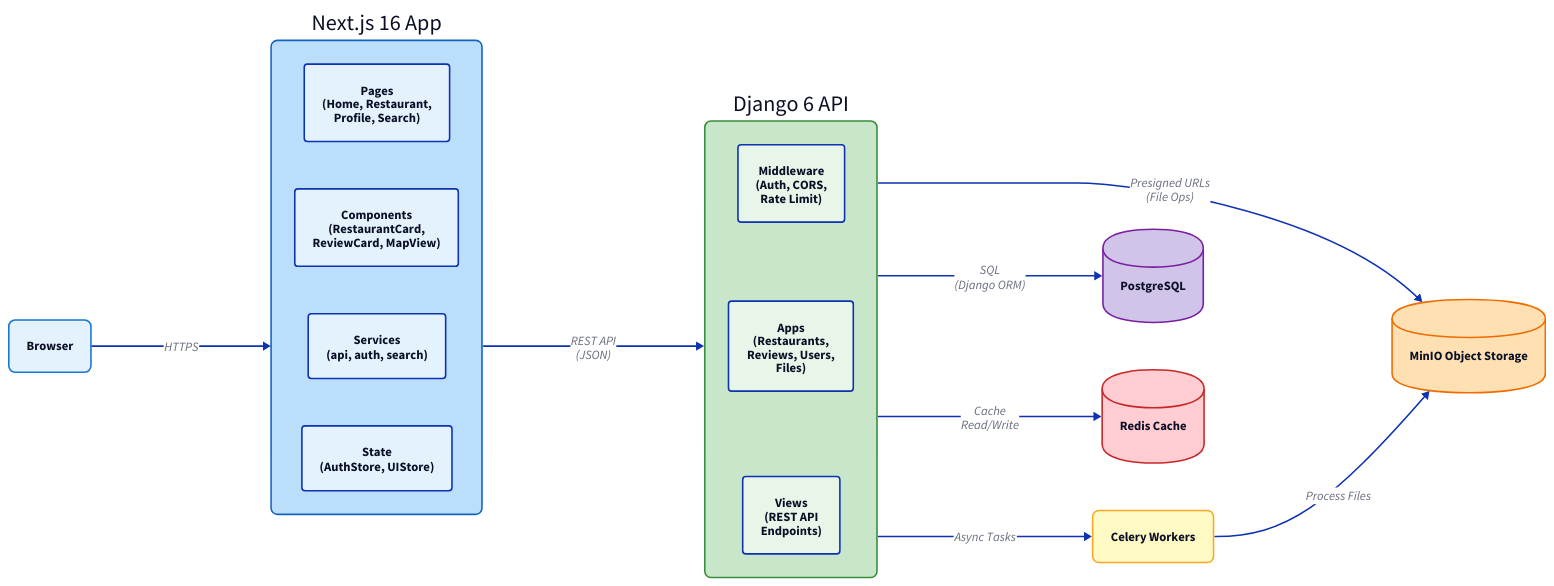
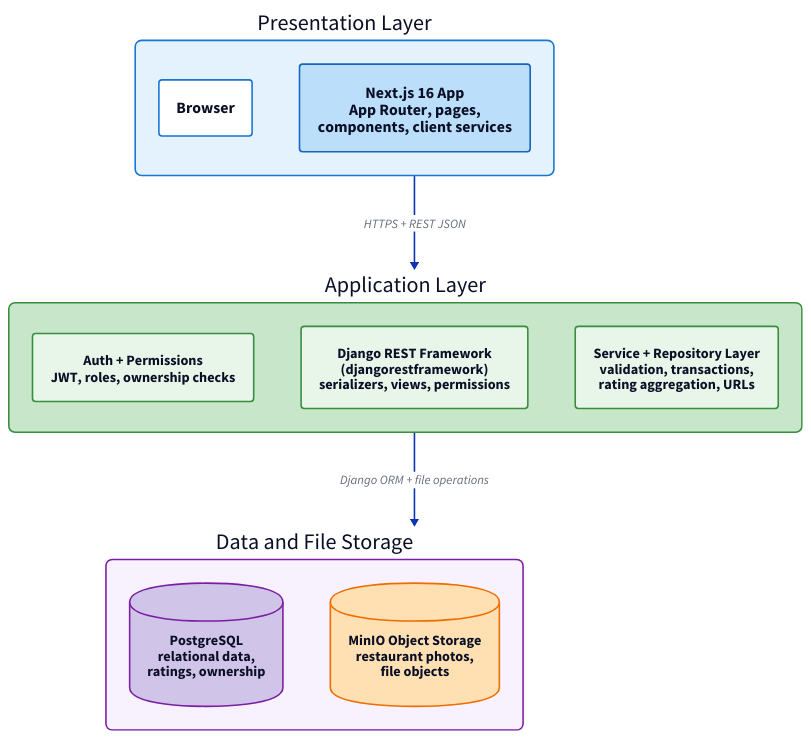
Before and after one commit to Krr0ptioN/cse-220: the diagram in docs/diagrams/system-architecture.d2, drawn with D2. The commit also changed 138 other files, not shown here.

First line of the commit message:
feat(restaurants): favorite list, profile managment, map integration (#71)

```diff
--- a/docs/diagrams/system-architecture.d2
+++ b/docs/diagrams/system-architecture.d2
@@ -1,139 +1,116 @@
 # System Architecture
 # FlavorMap - Restaurant Review Platform
 
-direction: right
+direction: down
 
-# Client Layer
-browser: Browser {
+client_layer: "Presentation Layer" {
   shape: rectangle
   style: {
     fill: "#E3F2FD"
     stroke: "#1976D2"
     stroke-width: 2
     border-radius: 8
   }
-}
 
-nextjs: Next.js 16 App {
-  shape: rectangle
-  style: {
-    fill: "#BBDEFB"
-    stroke: "#1565C0"
-    stroke-width: 2
-    border-radius: 8
-  }
-
-  pages: "Pages\n(Home, Restaurant,\nProfile, Search)" {
+  browser: "Browser" {
     shape: rectangle
     style: {
-      fill: "#E3F2FD"
+      fill: "#FFFFFF"
+      stroke: "#1976D2"
+      stroke-width: 2
       border-radius: 4
+      font-size: 20
     }
   }
 
-  components: "Components\n(RestaurantCard,\nReviewCard, MapView)" {
+  nextjs: "Next.js 16 App\nApp Router, pages,\ncomponents, client services" {
     shape: rectangle
     style: {
-      fill: "#E3F2FD"
+      fill: "#BBDEFB"
+      stroke: "#1565C0"
+      stroke-width: 2
       border-radius: 4
-    }
-  }
-
-  services: "Services\n(api, auth, search)" {
-    shape: rectangle
-    style: {
-      fill: "#E3F2FD"
-      border-radius: 4
-    }
-  }
-
-  state: "State\n(AuthStore, UIStore)" {
-    shape: rectangle
-    style: {
-      fill: "#E3F2FD"
-      border-radius: 4
+      font-size: 20
+      bold: true
     }
   }
 }
 
-# Backend Layer
-django: Django 6 API {
+api_layer: "Application Layer" {
   shape: rectangle
   style: {
     fill: "#C8E6C9"
     stroke: "#388E3C"
     stroke-width: 2
     border-radius: 8
   }
 
-  middleware: "Middleware\n(Auth, CORS,\nRate Limit)" {
+  auth: "Auth + Permissions\nJWT, roles, ownership checks" {
     shape: rectangle
     style: {
       fill: "#E8F5E9"
+      stroke: "#388E3C"
+      stroke-width: 2
       border-radius: 4
+      font-size: 18
     }
   }
 
-  apps: "Apps\n(Restaurants,\nReviews, Users,\nFiles)" {
+  api: "Django REST Framework\n(djangorestframework)\nserializers, views, permissions" {
     shape: rectangle
     style: {
       fill: "#E8F5E9"
+      stroke: "#388E3C"
+      stroke-width: 2
       border-radius: 4
+      font-size: 18
+      bold: true
     }
   }
 
-  views: "Views\n(REST API\nEndpoints)" {
+  services: "Service + Repository Layer\nvalidation, transactions,\nrating aggregation, URLs" {
     shape: rectangle
     style: {
       fill: "#E8F5E9"
+      stroke: "#388E3C"
+      stroke-width: 2
       border-radius: 4
+      font-size: 18
     }
   }
 }
 
-celery: Celery Workers {
+data_layer: "Data and File Storage" {
   shape: rectangle
   style: {
-    fill: "#FFF9C4"
-    stroke: "#F9A825"
+    fill: "#F8F1FF"
+    stroke: "#7B1FA2"
     stroke-width: 2
     border-radius: 8
   }
-}
 
-# Data Layer
-postgresql: PostgreSQL {
-  shape: cylinder
-  style: {
-    fill: "#D1C4E9"
-    stroke: "#7B1FA2"
-    stroke-width: 2
+  postgresql: "PostgreSQL\nrelational data,\nratings, ownership" {
+    shape: cylinder
+    style: {
+      fill: "#D1C4E9"
+      stroke: "#7B1FA2"
+      stroke-width: 2
+      font-size: 18
+      bold: true
+    }
+  }
+
+  minio: "MinIO Object Storage\nrestaurant photos,\nfile objects" {
+    shape: cylinder
+    style: {
+      fill: "#FFE0B2"
+      stroke: "#EF6C00"
+      stroke-width: 2
+      font-size: 18
+      bold: true
+    }
   }
 }
 
-redis: Redis Cache {
-  shape: cylinder
-  style: {
-    fill: "#FFCDD2"
-    stroke: "#C62828"
-    stroke-width: 2
-  }
-}
-
-minio: MinIO Object Storage {
-  shape: cylinder
-  style: {
-    fill: "#FFE0B2"
-    stroke: "#EF6C00"
-    stroke-width: 2
-  }
-}
-
-# Connections
-browser -> nextjs: "HTTPS"
-nextjs -> django: "REST API\n(JSON)"
-django -> postgresql: "SQL\n(Django ORM)"
-django -> redis: "Cache\nRead/Write"
-django -> minio: "Presigned URLs\n(File Ops)"
-django -> celery: "Async Tasks"
-celery -> minio: "Process Files"
+client_layer -> api_layer: "HTTPS + REST JSON"
+api_layer -> data_layer: "Django ORM + file operations"
```
